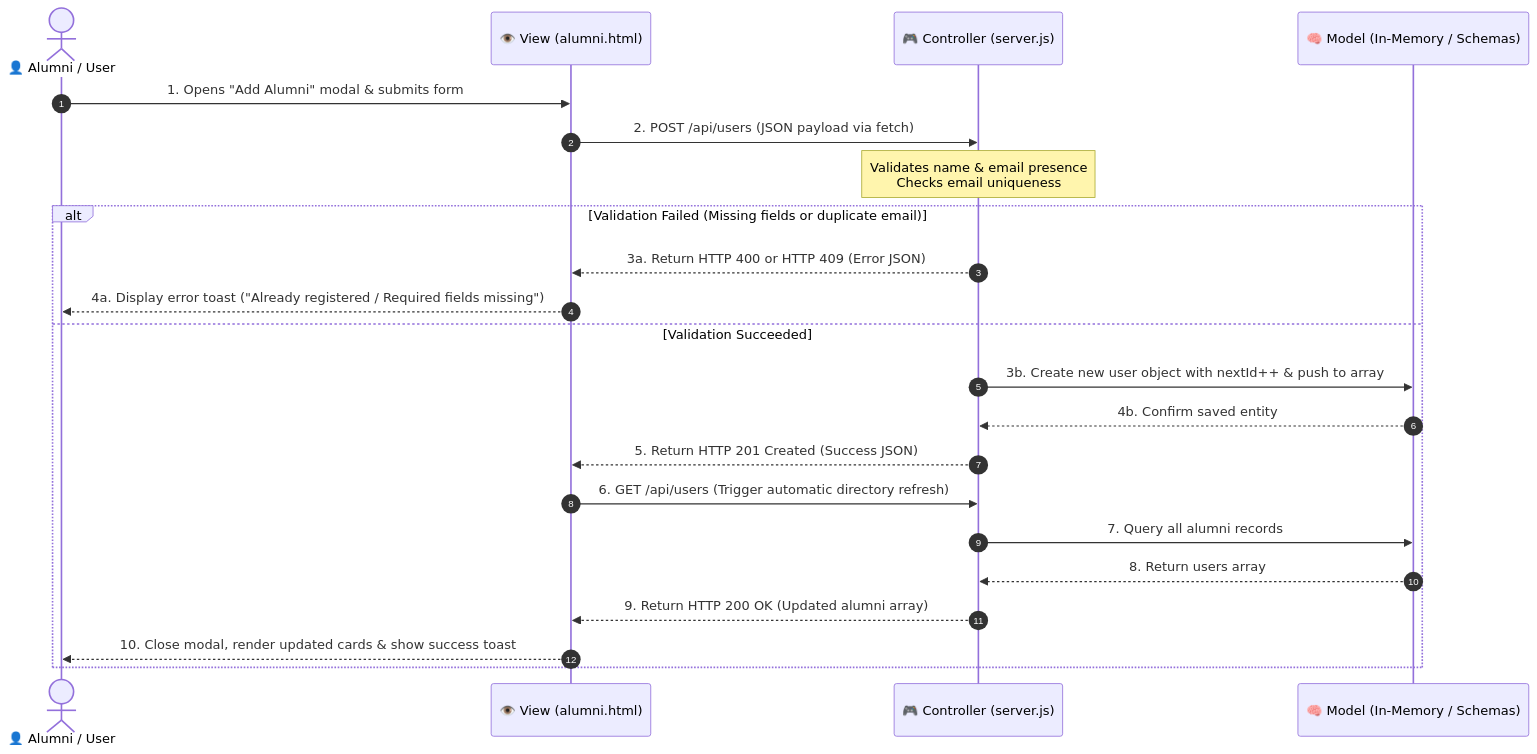
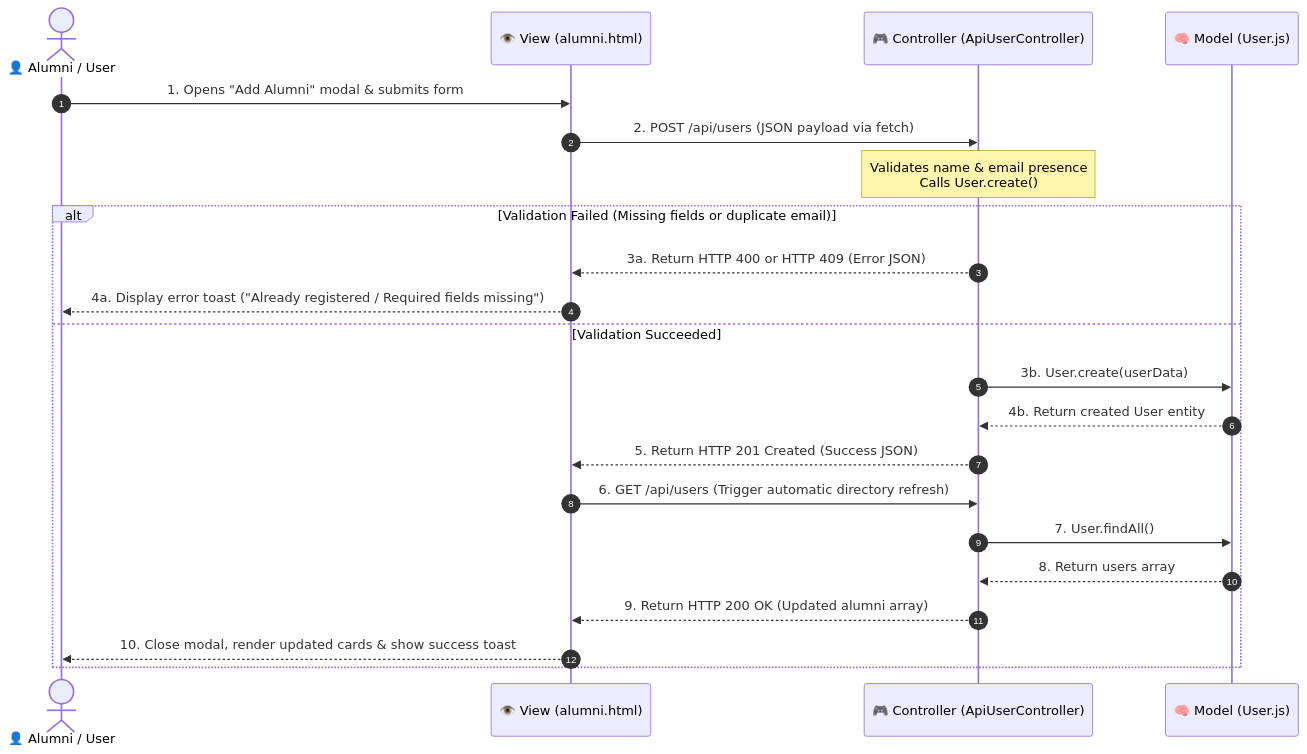
The third of 4 diagrams in README.md (mehmetrasid0/Alumni), drawn with Mermaid before and after one commit. The commit also changed other lines of this file and 4 other files, not shown here.

Commit message:
feat(controllers): add UserController and ApiUserController with full CRUD functions and update MVC architecture

````diff
--- a/README.md
+++ b/README.md
@@ -292,25 +298,25 @@
 ```mermaid
 sequenceDiagram
     autonumber
     actor User as 👤 Alumni / User
     participant View as 👁️ View (alumni.html)
-    participant Controller as 🎮 Controller (server.js)
-    participant Model as 🧠 Model (In-Memory / Schemas)
+    participant Controller as 🎮 Controller (ApiUserController)
+    participant Model as 🧠 Model (User.js)
 
     User->>View: 1. Opens "Add Alumni" modal & submits form
     View->>Controller: 2. POST /api/users (JSON payload via fetch)
-    Note over Controller: Validates name & email presence<br/>Checks email uniqueness
+    Note over Controller: Validates name & email presence<br/>Calls User.create()
     alt Validation Failed (Missing fields or duplicate email)
         Controller-->>View: 3a. Return HTTP 400 or HTTP 409 (Error JSON)
         View-->>User: 4a. Display error toast ("Already registered / Required fields missing")
     else Validation Succeeded
-        Controller->>Model: 3b. Create new user object with nextId++ & push to array
-        Model-->>Controller: 4b. Confirm saved entity
+        Controller->>Model: 3b. User.create(userData)
+        Model-->>Controller: 4b. Return created User entity
         Controller-->>View: 5. Return HTTP 201 Created (Success JSON)
         View->>Controller: 6. GET /api/users (Trigger automatic directory refresh)
-        Controller->>Model: 7. Query all alumni records
+        Controller->>Model: 7. User.findAll()
         Model-->>Controller: 8. Return users array
         Controller-->>View: 9. Return HTTP 200 OK (Updated alumni array)
         View-->>User: 10. Close modal, render updated cards & show success toast
     end
 ```
````
